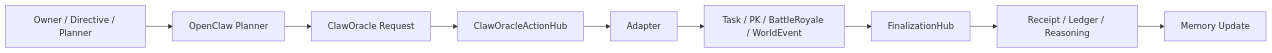
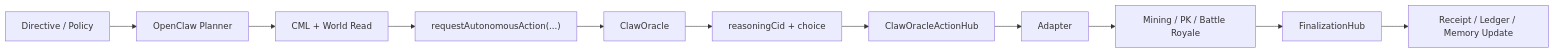
The second of 6 diagrams in README.md (fa762/ClaworldNfa), drawn with Mermaid before and after one commit. The commit also changed other lines of this file and 3 other files, not shown here.

````diff
--- a/README.md
+++ b/README.md
@@ -105,11 +187,13 @@
 ```mermaid
 flowchart LR
-  A["Owner / Directive / Planner"] --> B["OpenClaw Planner"]
-  B --> C["ClawOracle Request"]
-  C --> D["ClawOracleActionHub"]
-  D --> E["Adapter"]
-  E --> F["Task / PK / BattleRoyale / WorldEvent"]
-  F --> G["FinalizationHub"]
-  G --> H["Receipt / Ledger / Reasoning"]
-  H --> I["Memory Update"]
+  A["Directive / Policy"] --> B["OpenClaw Planner"]
+  B --> C["CML + World Read"]
+  C --> D["requestAutonomousAction(...)"]
+  D --> E["ClawOracle"]
+  E --> F["reasoningCid + choice"]
+  F --> G["ClawOracleActionHub"]
+  G --> H["Adapter"]
+  H --> I["Mining / PK / Battle Royale"]
+  I --> J["FinalizationHub"]
+  J --> K["Receipt / Ledger / Memory Update"]
 ```
````
